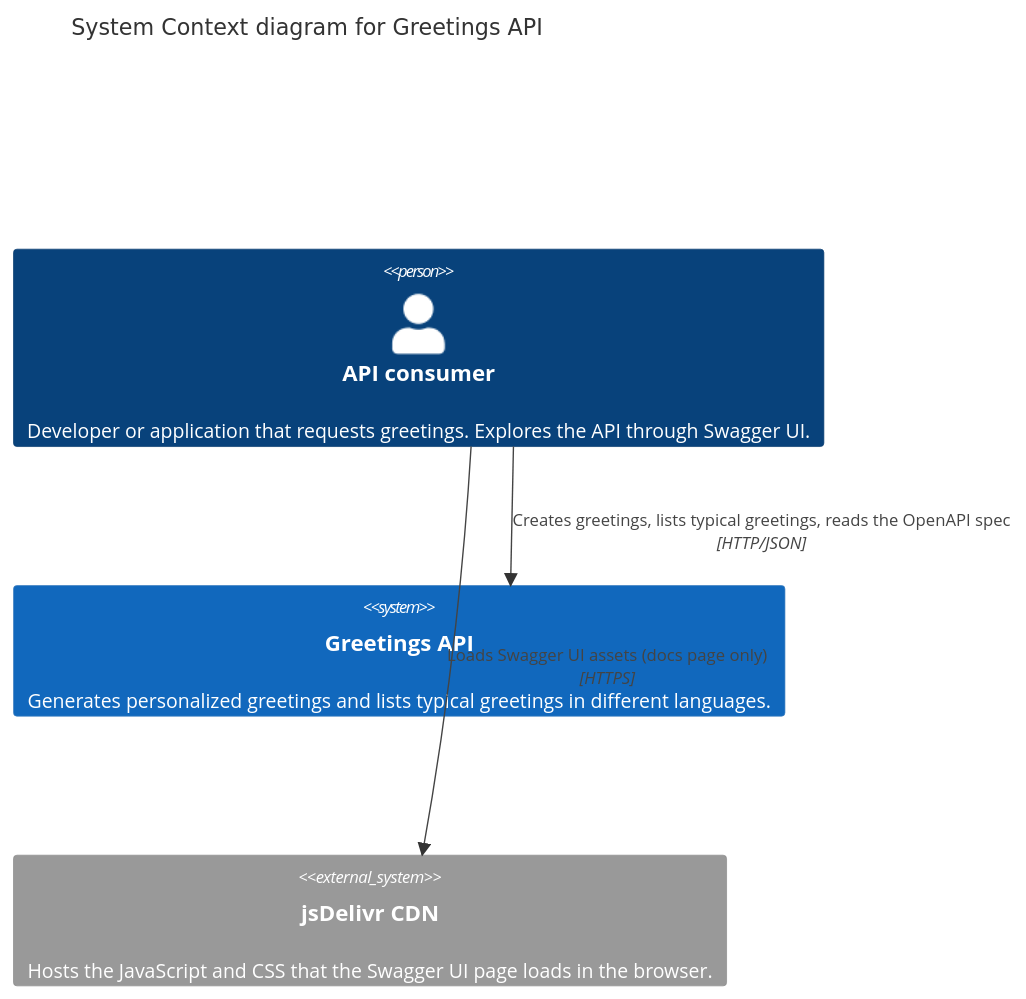
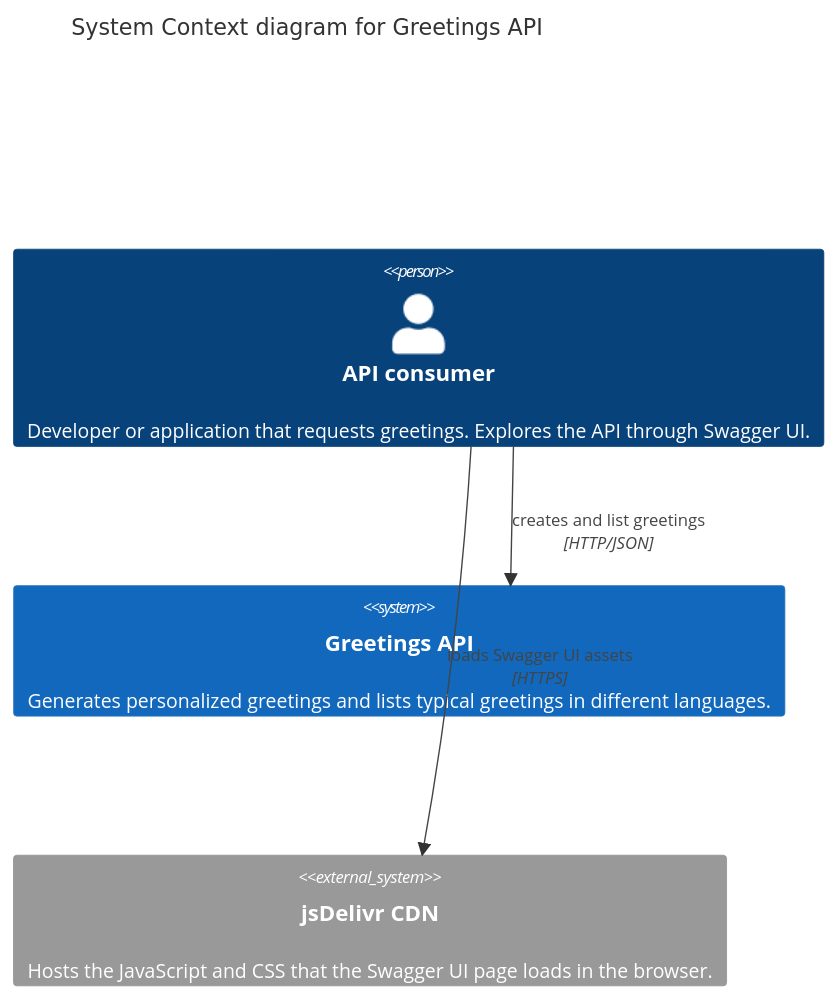
One commit to softqa-fis-uan/sample-cicd changed the second of 3 diagrams in README.md. Above: the diagram before and after it, drawn with Mermaid. The commit also changed other lines of this file and 1 other file, not shown here.

````diff
--- a/README.md
+++ b/README.md
@@ -53,13 +53,13 @@
 ```mermaid
 C4Context
     title System Context diagram for Greetings API
 
     Person(consumer, "API consumer", "Developer or application that requests greetings. Explores the API through Swagger UI.")
     System(api, "Greetings API", "Generates personalized greetings and lists typical greetings in different languages.")
     System_Ext(cdn, "jsDelivr CDN", "Hosts the JavaScript and CSS that the Swagger UI page loads in the browser.")
 
-    Rel(consumer, api, "Creates greetings, lists typical greetings, reads the OpenAPI spec", "HTTP/JSON")
-    Rel(consumer, cdn, "Loads Swagger UI assets (docs page only)", "HTTPS")
+    Rel(consumer, api, "creates and list greetings", "HTTP/JSON")
+    Rel(consumer, cdn, "loads Swagger UI assets", "HTTPS")
 
-    UpdateLayoutConfig($c4ShapeInRow="3", $c4BoundaryInRow="1")
+    UpdateLayoutConfig($c4ShapeInRow="2", $c4BoundaryInRow="1")
 ```
````
